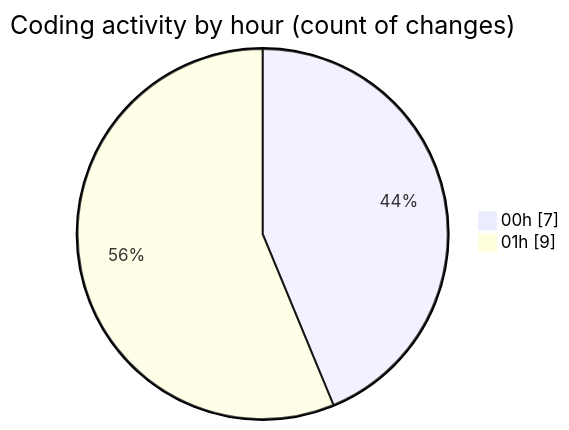
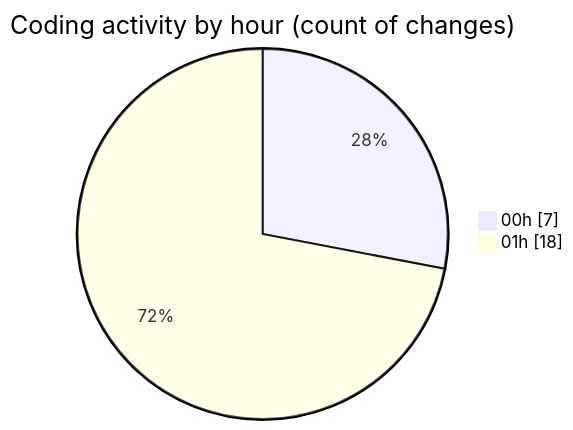
The second of 2 diagrams in 2025-02-23/micros/README.md (charlie-sans/code-tracking), drawn with Mermaid before and after one commit. The commit also changed other lines of this file and 1 other file, not shown here.

````diff
--- a/2025-02-23/micros/README.md
+++ b/2025-02-23/micros/README.md
@@ -32,6 +34,6 @@
 ```mermaid
 pie showData
 title Coding activity by hour (count of changes)
 "00h" : 7
-"01h" : 9
+"01h" : 18
 ```
````
